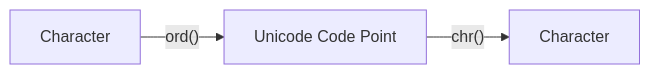
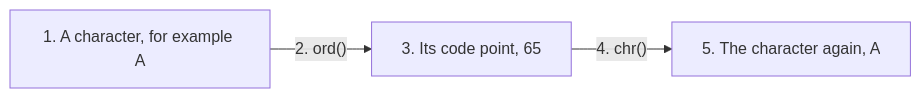
The ninth of 18 diagrams in docs/17-strings/080-ch17-conceptual-qa.md (ag999git/001-mkdocs), drawn with Mermaid before and after one commit. The commit also changed other lines of this file, not shown here.

````diff
--- a/docs/17-strings/080-ch17-conceptual-qa.md
+++ b/docs/17-strings/080-ch17-conceptual-qa.md
@@ -1241,7 +2447,5 @@
 ```mermaid
 flowchart LR
-
-A["Character"] -->|"ord()"| B["Unicode Code Point"]
-
-B -->|"chr()"| C["Character"]
+    A["1. A character, for example A"] -->|"2. ord()"| B["3. Its code point, 65"]
+    B -->|"4. chr()"| C["5. The character again, A"]
 ```
````
